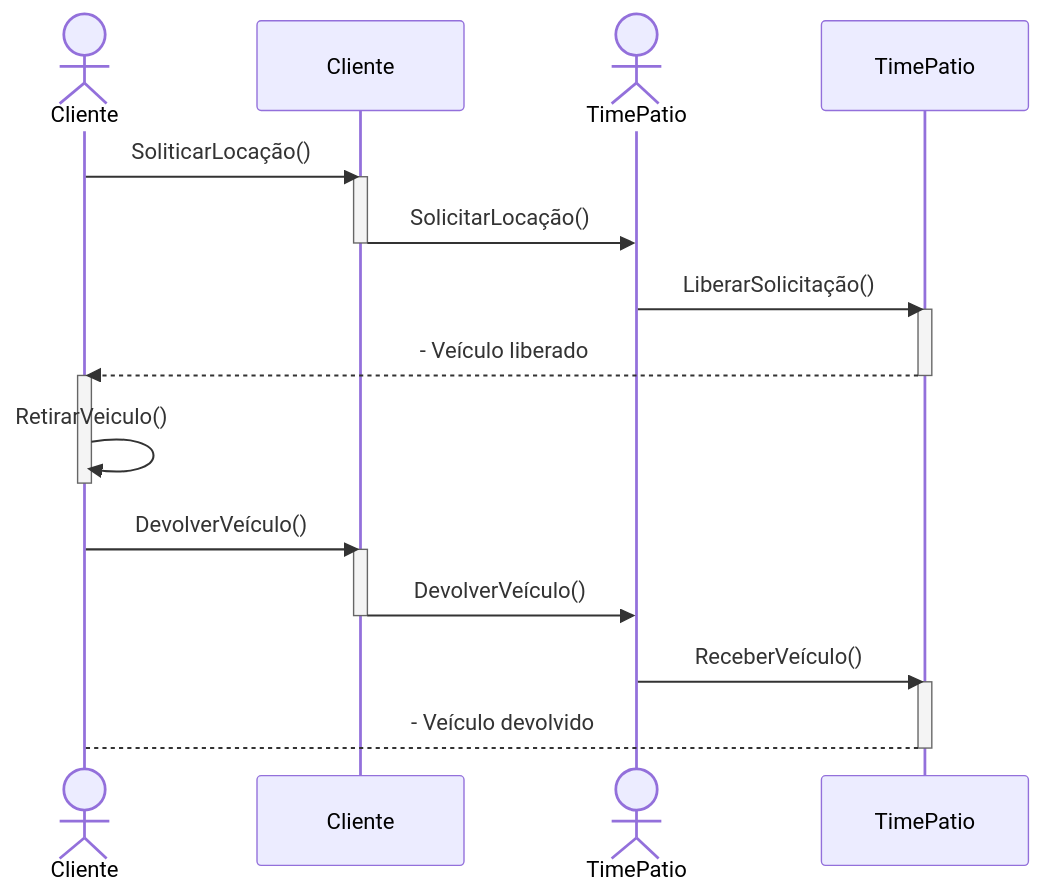
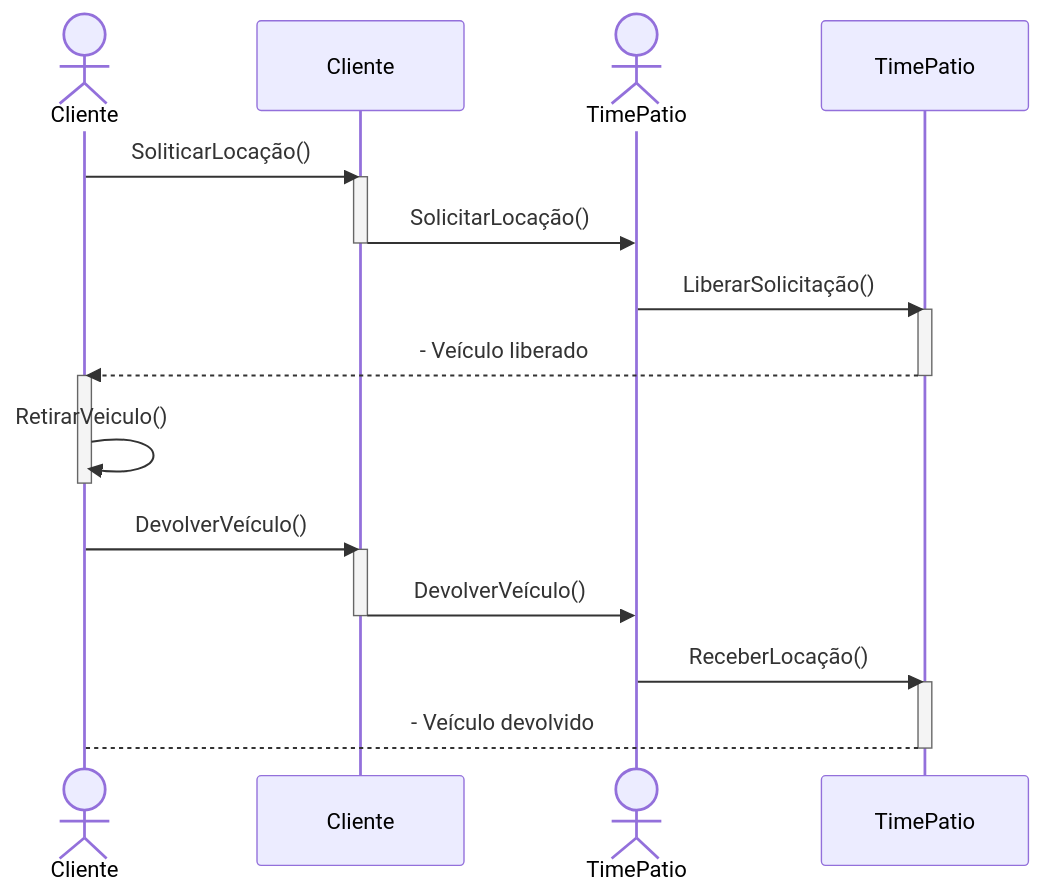
Before and after one commit to BrunoBassoo/LocadoraDeVeiculos: the third of 4 diagrams in README.md, drawn with Mermaid.

````diff
--- a/README.md
+++ b/README.md
@@ -320,29 +320,29 @@
 ```mermaid
 %%{title: "Controlar as locações"}%%
 sequenceDiagram
     actor Cliente
     participant C as Cliente
     actor TimePatio
     participant TP as TimePatio
     
     Cliente->>C: SoliticarLocação()
     activate C
     C->>TimePatio: SolicitarLocação()
     deactivate C
     TimePatio->>TP: LiberarSolicitação()
     activate TP
     TP-->>Cliente: - Veículo liberado
     deactivate TP
     activate Cliente
     Cliente->>Cliente: RetirarVeiculo()
     deactivate Cliente
     Cliente->>C: DevolverVeículo()
     activate C
     C->>TimePatio: DevolverVeículo()
     deactivate C
-    TimePatio->>TP: ReceberVeículo()
+    TimePatio->>TP: ReceberLocação()
     activate TP
     TP-->Cliente: - Veículo devolvido
     deactivate TP
 
 ```
````
